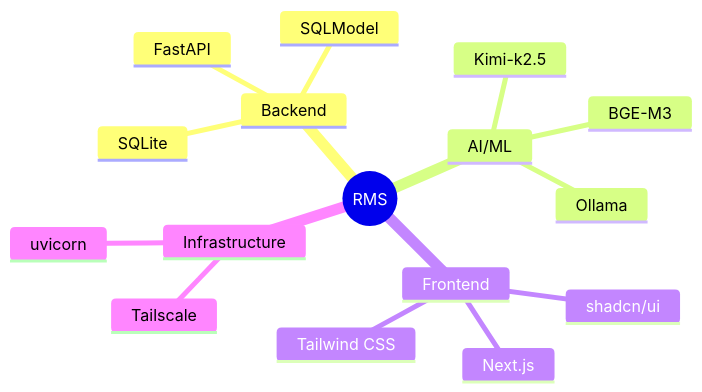
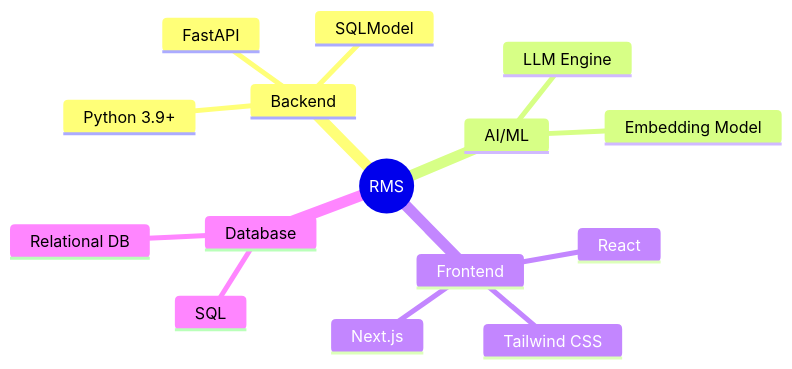
The fifth of 8 diagrams in README.md (Vegitime-bot/Requirement_management), drawn with Mermaid before and after one commit. The commit also changed other lines of this file and 2 other files, not shown here.

````diff
--- a/README.md
+++ b/README.md
@@ -139,19 +149,18 @@
 ```mermaid
 mindmap
   root((RMS))
     Backend
       FastAPI
       SQLModel
-      SQLite
+      Python 3.9+
     AI/ML
-      Kimi-k2.5
-      BGE-M3
-      Ollama
+      LLM Engine
+      Embedding Model
     Frontend
       Next.js
-      shadcn/ui
+      React
       Tailwind CSS
-    Infrastructure
-      Tailscale
-      uvicorn
+    Database
+      Relational DB
+      SQL
 ```
````
